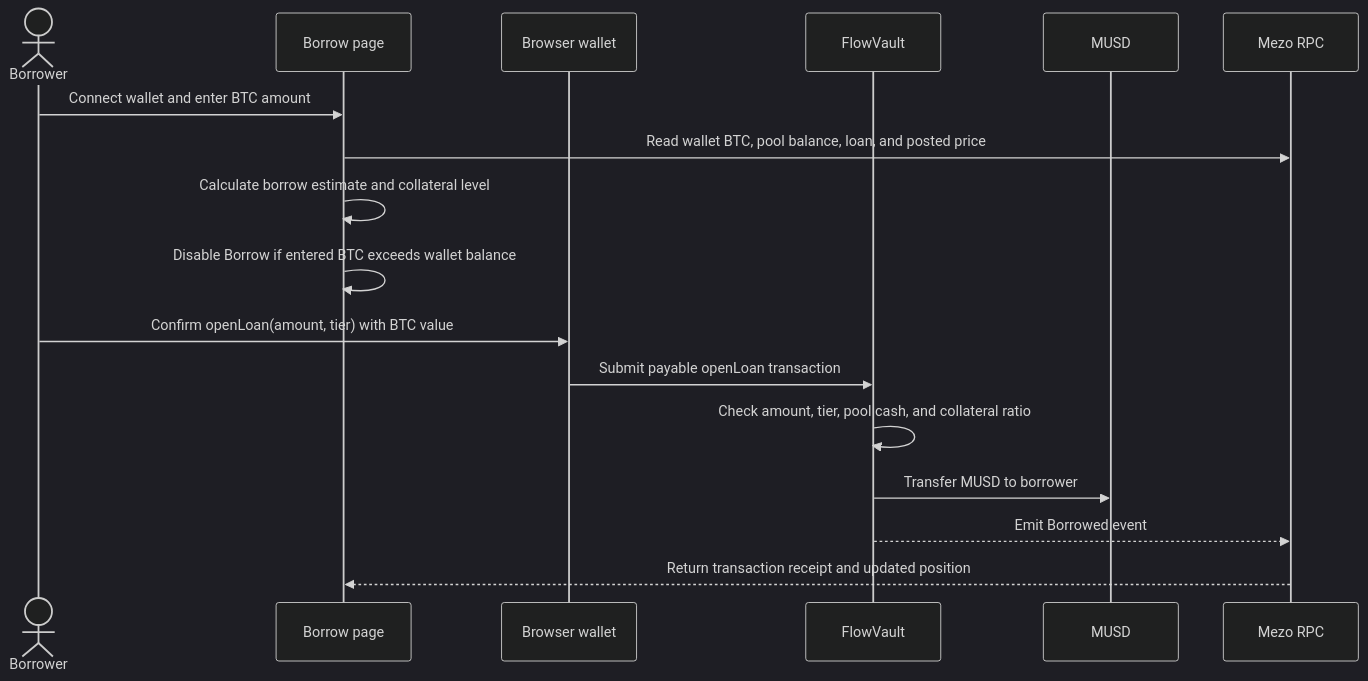
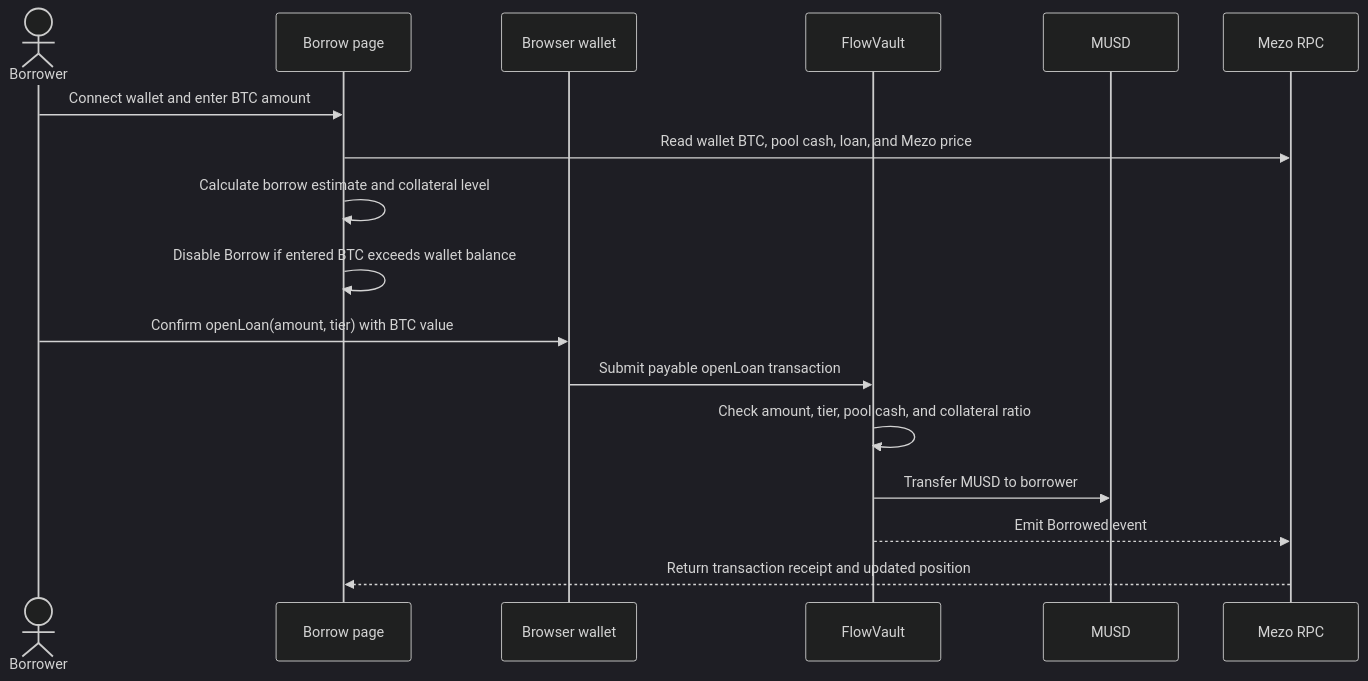
The second of 4 diagrams in README.md (dinitheth/Mezo-Credits), drawn with Mermaid (dark theme) before and after one commit. The commit also changed other lines of this file and 34 other files, not shown here.

Commit message:
Price the pool from Mezo, count loans in shares, and drop an injected build hook

````diff
--- a/README.md
+++ b/README.md
@@ -86,20 +87,20 @@
 ```mermaid
 sequenceDiagram
     actor Borrower
     participant UI as Borrow page
     participant Wallet as Browser wallet
     participant Vault as FlowVault
     participant Token as MUSD
     participant RPC as Mezo RPC
 
     Borrower->>UI: Connect wallet and enter BTC amount
-    UI->>RPC: Read wallet BTC, pool balance, loan, and posted price
+    UI->>RPC: Read wallet BTC, pool cash, loan, and Mezo price
     UI->>UI: Calculate borrow estimate and collateral level
     UI->>UI: Disable Borrow if entered BTC exceeds wallet balance
     Borrower->>Wallet: Confirm openLoan(amount, tier) with BTC value
     Wallet->>Vault: Submit payable openLoan transaction
     Vault->>Vault: Check amount, tier, pool cash, and collateral ratio
     Vault->>Token: Transfer MUSD to borrower
     Vault-->>RPC: Emit Borrowed event
     RPC-->>UI: Return transaction receipt and updated position
 ```
````
